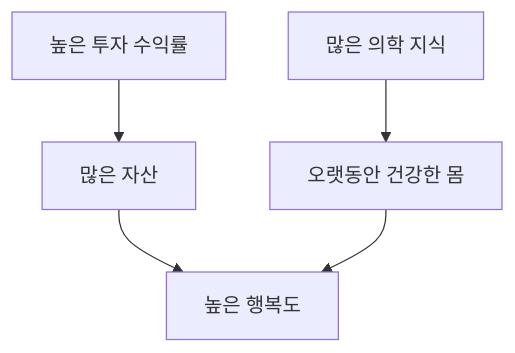
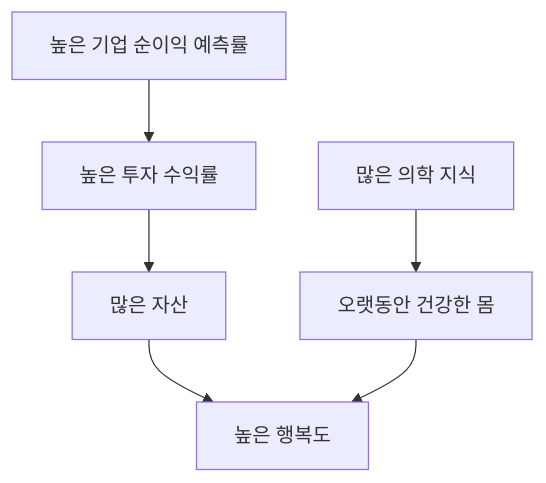
One commit to hyunjunian/hyunjunian changed the diagram in 인생목표.md. Above: the diagram before and after it, drawn with Mermaid.

````diff
--- a/인생목표.md
+++ b/인생목표.md
@@ -3,7 +3,8 @@
 ```mermaid
 graph TD;
     2[많은 자산] --> 1[높은 행복도];
     3[오랫동안 건강한 몸] --> 1;
     4[높은 투자 수익률] --> 2;
     5[많은 의학 지식] --> 3;
+    6[높은 기업 순이익 예측률] --> 4;
 ```
````
